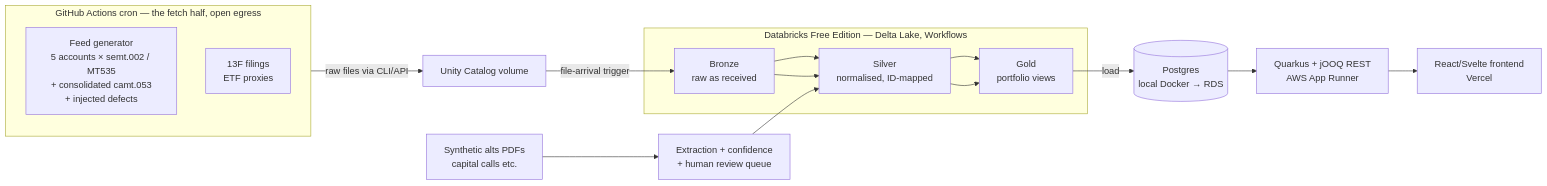
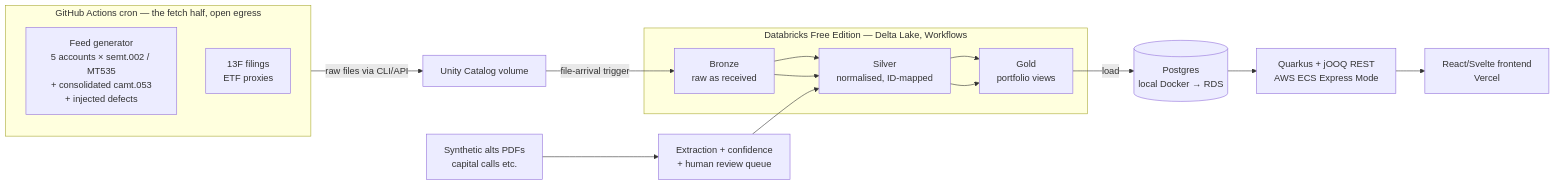
The first of 2 diagrams in README.md (ambarshukla/parvum), drawn with Mermaid before and after one commit. The commit also changed 9 other files, not shown here.

First line of the commit message:
Serve the API live on AWS: RDS + ECS Express Mode (amends D-005)

````diff
--- a/README.md
+++ b/README.md
@@ -47,18 +47,18 @@
 ```mermaid
 flowchart LR
     subgraph GHA [GitHub Actions cron — the fetch half, open egress]
         FG[Feed generator<br/>5 accounts × semt.002 / MT535<br/>+ consolidated camt.053<br/>+ injected defects]
         EX[13F filings<br/>ETF proxies]
     end
     GHA -->|raw files via CLI/API| UC[Unity Catalog volume]
     UC -->|file-arrival trigger| B[Bronze<br/>raw as received]
     B --> S[Silver<br/>normalised, ID-mapped]
     S --> G[Gold<br/>portfolio views]
     subgraph DBX [Databricks Free Edition — Delta Lake, Workflows]
         B --> S --> G
     end
     G -->|load| PG[(Postgres<br/>local Docker → RDS)]
-    PG --> API[Quarkus + jOOQ REST<br/>AWS App Runner]
+    PG --> API[Quarkus + jOOQ REST<br/>AWS ECS Express Mode]
     API --> FE[React/Svelte frontend<br/>Vercel]
     PDF[Synthetic alts PDFs<br/>capital calls etc.] --> HITL[Extraction + confidence<br/>+ human review queue] --> S
 ```
````
